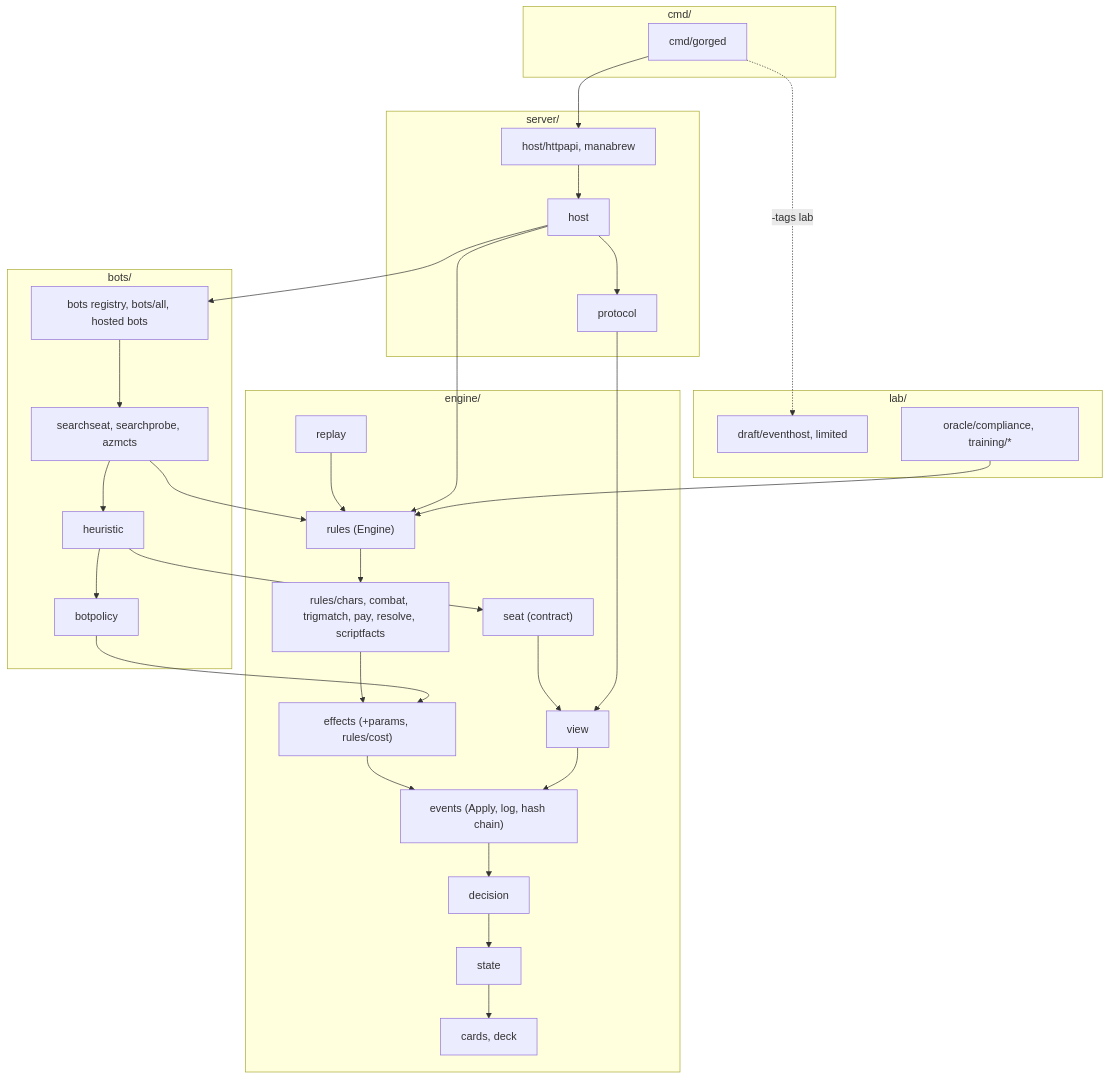
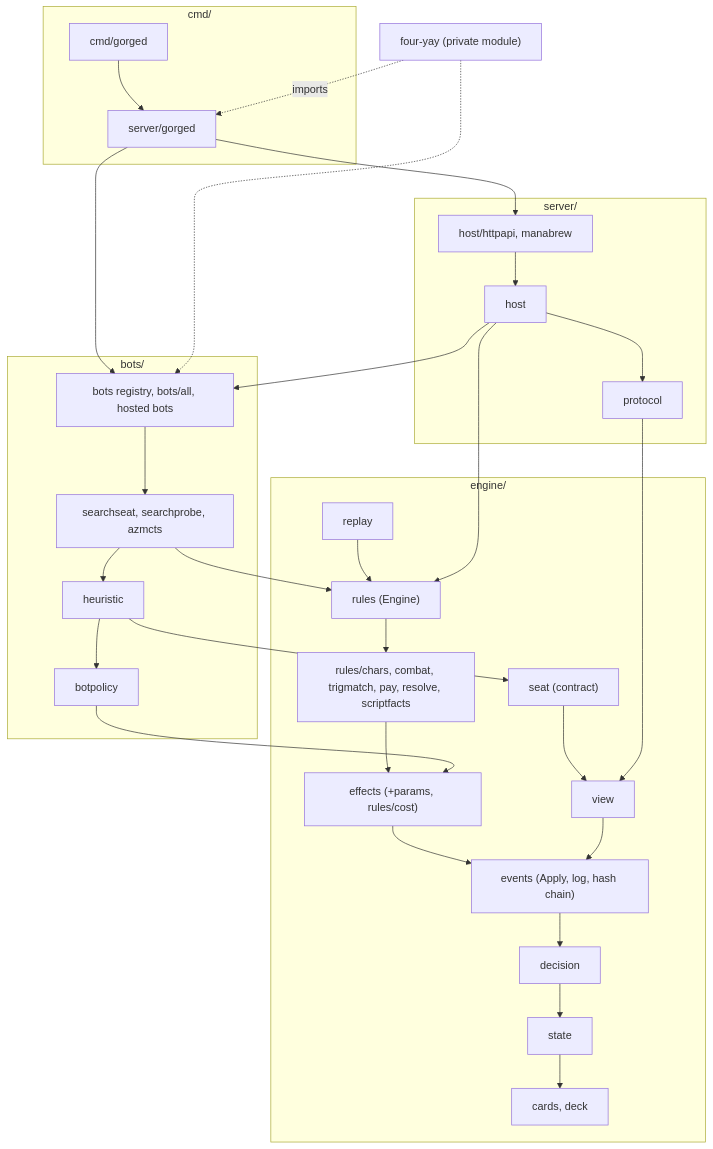
Before and after one commit to WillWroble/gorge: the diagram in docs/site/architecture/overview.md, drawn with Mermaid. The commit also changed other lines of this file and 2433 other files, not shown here.

````diff
--- a/docs/site/architecture/overview.md
+++ b/docs/site/architecture/overview.md
@@ -43,38 +43,37 @@
 ```mermaid
 flowchart TB
   subgraph E["engine/"]
     cards["cards, deck"]
     state["state"] --> cards
     decision["decision"] --> state
     events["events (Apply, log, hash chain)"] --> decision
     effects["effects (+params, rules/cost)"] --> events
     sub["rules/chars, combat, trigmatch, pay, resolve, scriptfacts"] --> effects
     rules["rules (Engine)"] --> sub
     replay["replay"] --> rules
     view["view"] --> events
     seat["seat (contract)"] --> view
   end
   subgraph B["bots/"]
     botpolicy["botpolicy"] --> effects
     heuristic["heuristic"] --> botpolicy
     heuristic --> seat
     searchseat["searchseat, searchprobe, azmcts"] --> rules
     searchseat --> heuristic
     registry["bots registry, bots/all, hosted bots"] --> searchseat
   end
   subgraph S["server/"]
     protocol["protocol"] --> view
     host["host"] --> rules
     host --> registry
     host --> protocol
     httpapi["host/httpapi, manabrew"] --> host
   end
+  srv["server/gorged"] --> httpapi
+  srv --> registry
   subgraph C["cmd/"]
-    gorged["cmd/gorged"] --> httpapi
+    gorged["cmd/gorged"] --> srv
   end
-  subgraph L["lab/"]
-    draft["draft/eventhost, limited"]
-    oracle["oracle/compliance, training/*"] --> rules
-  end
-  gorged -. "-tags lab" .-> draft
+  ext["four-yay (private module)"] -. "imports" .-> srv
+  ext -.-> registry
 ```
````
